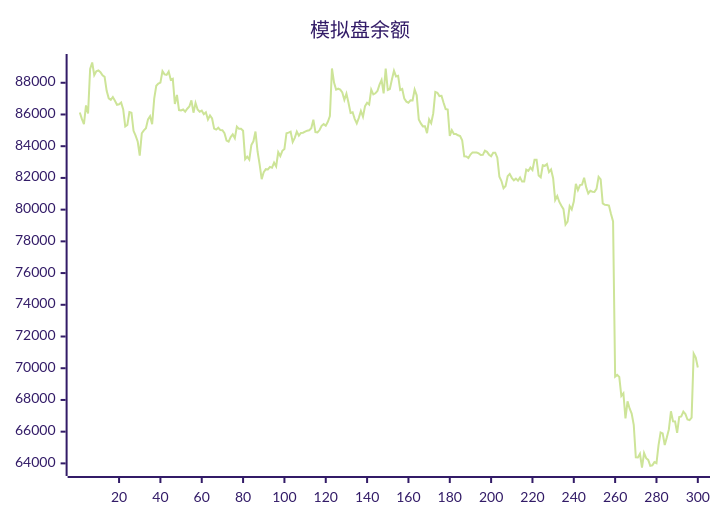
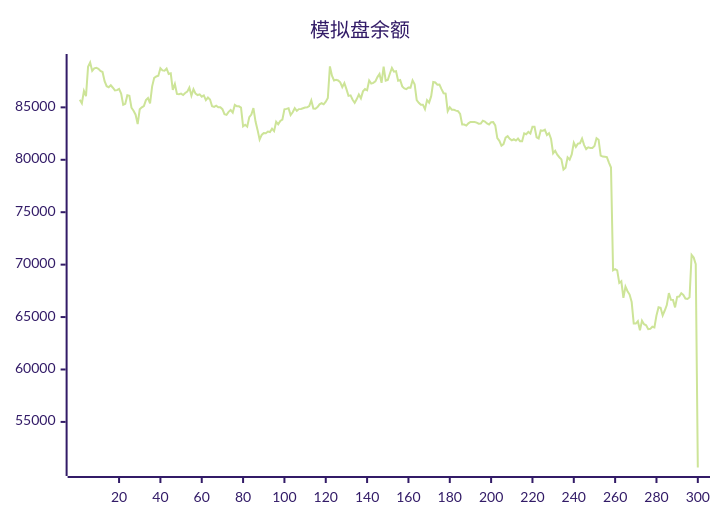
The diagram in README.md (aahl/ai-trading), drawn with Mermaid (forest theme) before and after one commit. The commit also changed other lines of this file and 1 other file, not shown here.

````diff
--- a/README.md
+++ b/README.md
@@ -5,5 +5,5 @@
 ```mermaid
 xychart
     title "模拟盘余额"
-    line [86129,85722,85387,86569,86070,88870,89278,88477,88720,88781,88668,88467,88372,87493,87018,86917,87102,86870,86613,86644,86758,86317,85242,85334,86149,86106,84968,84671,84302,83410,84816,85001,85127,85693,85891,85384,87001,87811,87945,88007,88734,88528,88495,88705,88189,88248,86662,87234,86279,86251,86314,86177,86364,86503,86886,86114,86731,86310,86176,86240,86017,86136,85685,85938,85749,85111,85044,85164,85016,85008,84824,84354,84287,84572,84745,84500,85234,85096,85095,84970,83180,83338,83157,84070,84309,84922,83667,82850,81924,82369,82552,82539,82695,82648,82962,82728,83619,83378,83710,83825,84819,84854,84917,84265,84527,84919,84668,84834,84850,84916,84981,85004,85131,85674,84891,84864,85019,85284,85393,85294,85538,85894,88904,88012,87567,87625,87568,87386,86920,87313,86737,86094,86143,85725,85437,85787,86219,85859,86526,86740,86630,87563,87264,87335,87483,87886,88180,87335,88894,87544,87608,88207,88755,88401,88444,87543,87608,87000,86810,86740,86894,86884,87576,87209,85686,85435,85251,85255,84820,85689,85453,86066,87420,87373,87161,87178,86740,86341,86315,84643,85012,84772,84768,84690,84635,84376,83360,83357,83259,83474,83608,83606,83602,83548,83440,83454,83724,83644,83464,83365,83590,83592,83275,82072,81806,81344,81492,82109,82254,82006,81848,81955,81829,82022,81769,81776,82522,82441,82656,82498,83144,83144,82150,82038,82797,82763,82872,82367,82536,81981,80612,80862,80484,80242,80034,79063,79245,80226,80016,80507,81625,81233,81544,81578,82016,81401,81019,81186,81130,81118,81306,82066,81909,80392,80304,80291,80258,79729,79261,69466,69579,69456,68251,68415,66832,67911,67462,67144,66432,64380,64375,64606,63740,64647,64324,64216,63842,63877,64078,64008,65156,65945,65888,65157,65625,66144,67284,66653,66639,65924,66925,66956,67263,67108,66766,66729,66886,70927,70673,70049]
+    line [85722,85387,86569,86070,88870,89278,88477,88720,88781,88668,88467,88372,87493,87018,86917,87102,86870,86613,86644,86758,86317,85242,85334,86149,86106,84968,84671,84302,83410,84816,85001,85127,85693,85891,85384,87001,87811,87945,88007,88734,88528,88495,88705,88189,88248,86662,87234,86279,86251,86314,86177,86364,86503,86886,86114,86731,86310,86176,86240,86017,86136,85685,85938,85749,85111,85044,85164,85016,85008,84824,84354,84287,84572,84745,84500,85234,85096,85095,84970,83180,83338,83157,84070,84309,84922,83667,82850,81924,82369,82552,82539,82695,82648,82962,82728,83619,83378,83710,83825,84819,84854,84917,84265,84527,84919,84668,84834,84850,84916,84981,85004,85131,85674,84891,84864,85019,85284,85393,85294,85538,85894,88904,88012,87567,87625,87568,87386,86920,87313,86737,86094,86143,85725,85437,85787,86219,85859,86526,86740,86630,87563,87264,87335,87483,87886,88180,87335,88894,87544,87608,88207,88755,88401,88444,87543,87608,87000,86810,86740,86894,86884,87576,87209,85686,85435,85251,85255,84820,85689,85453,86066,87420,87373,87161,87178,86740,86341,86315,84643,85012,84772,84768,84690,84635,84376,83360,83357,83259,83474,83608,83606,83602,83548,83440,83454,83724,83644,83464,83365,83590,83592,83275,82072,81806,81344,81492,82109,82254,82006,81848,81955,81829,82022,81769,81776,82522,82441,82656,82498,83144,83144,82150,82038,82797,82763,82872,82367,82536,81981,80612,80862,80484,80242,80034,79063,79245,80226,80016,80507,81625,81233,81544,81578,82016,81401,81019,81186,81130,81118,81306,82066,81909,80392,80304,80291,80258,79729,79261,69466,69579,69456,68251,68415,66832,67911,67462,67144,66432,64380,64375,64606,63740,64647,64324,64216,63842,63877,64078,64008,65156,65945,65888,65157,65625,66144,67284,66653,66639,65924,66925,66956,67263,67108,66766,66729,66886,70927,70673,70049,50652]
 ```
````
